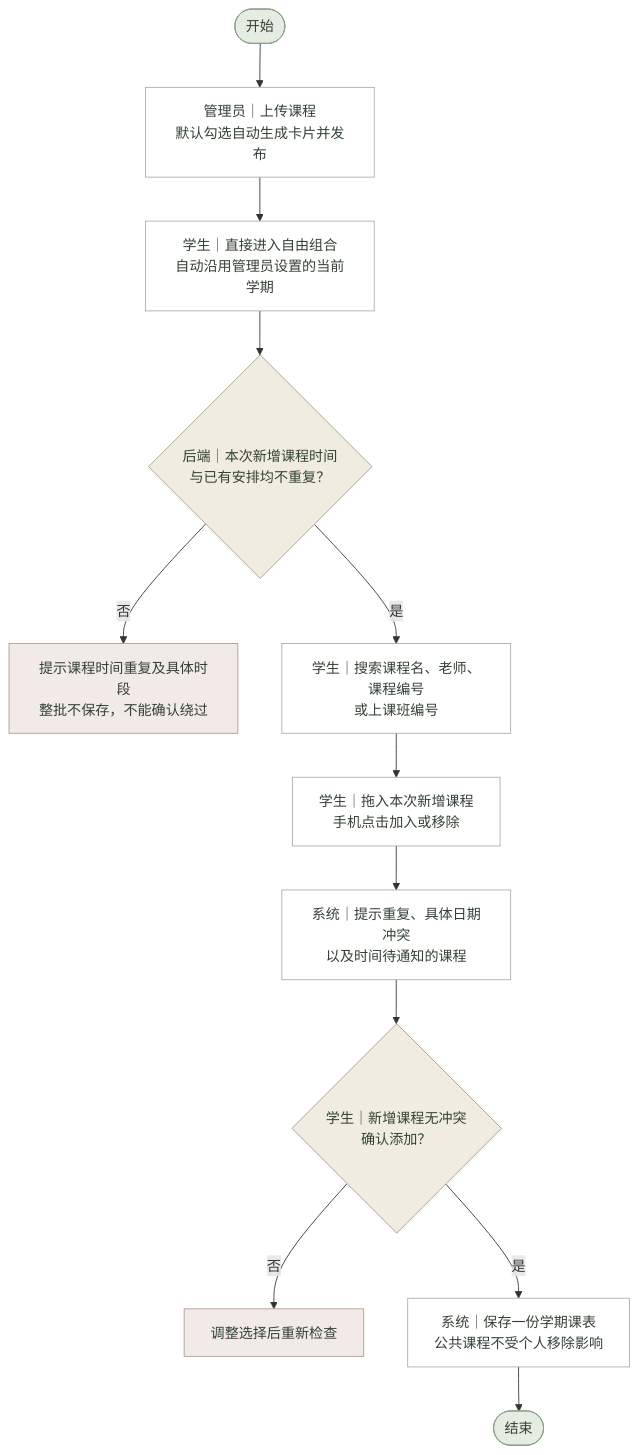
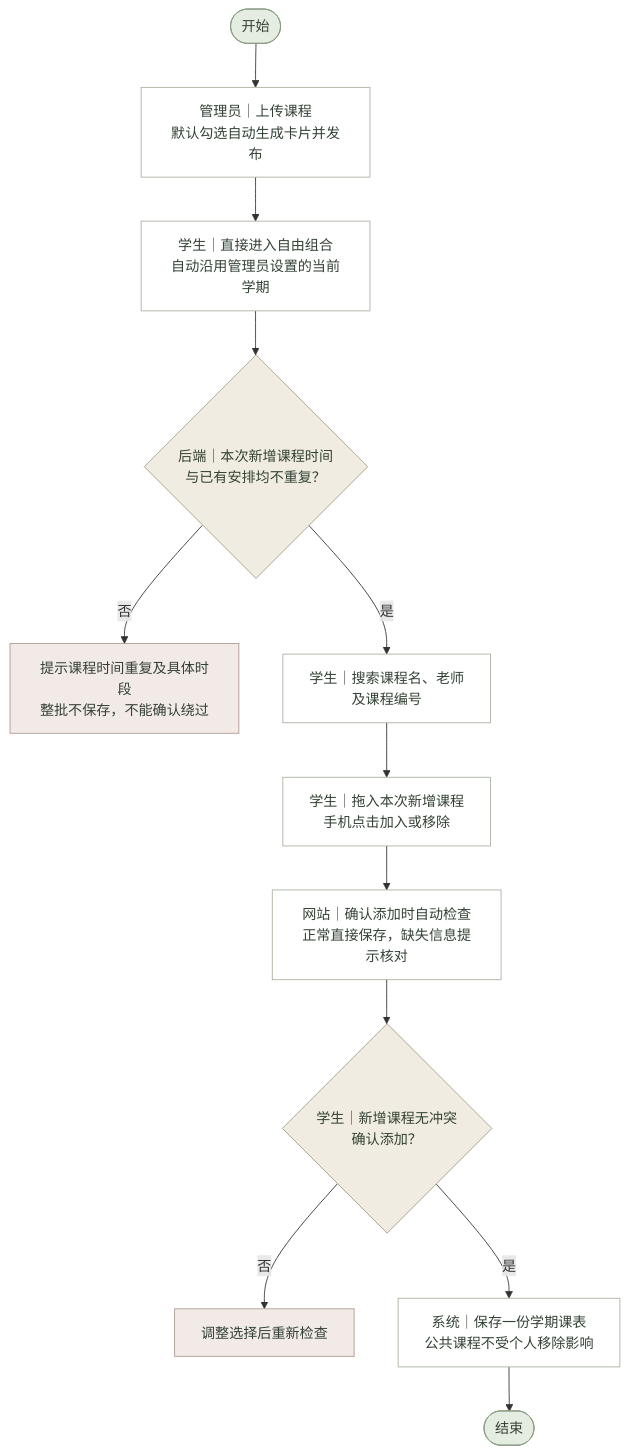
Before and after one commit to lichen-lc123/class-assistant: the diagram in 需求文档/课表功能/流程图源文件/业务流程图/课程卡片自由组合.mmd, drawn with Mermaid. The commit also changed 149 other files, not shown here.

```diff
--- a/需求文档/课表功能/流程图源文件/业务流程图/课程卡片自由组合.mmd
+++ b/需求文档/课表功能/流程图源文件/业务流程图/课程卡片自由组合.mmd
@@ -1,42 +1,42 @@
 %% 课程卡片自由组合 · 业务流程图 · V1.0 · 2026-11-02
 flowchart TD
     N0(["开始"])
     N1["管理员｜上传课程<br/>默认勾选自动生成卡片并发布"]
     N2["学生｜直接进入自由组合<br/>自动沿用管理员设置的当前学期"]
     N3{"后端｜本次新增课程时间<br/>与已有安排均不重复？"}
     B3["提示课程时间重复及具体时段<br/>整批不保存，不能确认绕过"]
-    N4["学生｜搜索课程名、老师、课程编号<br/>或上课班编号"]
+    N4["学生｜搜索课程名、老师<br/>及课程编号"]
     N5["学生｜拖入本次新增课程<br/>手机点击加入或移除"]
-    N6["系统｜提示重复、具体日期冲突<br/>以及时间待通知的课程"]
+    N6["网站｜确认添加时自动检查<br/>正常直接保存，缺失信息提示核对"]
     N7{"学生｜新增课程无冲突<br/>确认添加？"}
     B7["调整选择后重新检查"]
     N8["系统｜保存一份学期课表<br/>公共课程不受个人移除影响"]
     N9(["结束"])
     N0 --> N1
     N1 --> N2
     N2 --> N3
     N3 -->|否| B3
     N3 -->|是| N4
     N4 --> N5
     N5 --> N6
     N6 --> N7
     N7 -->|否| B7
     N7 -->|是| N8
     N8 --> N9
     classDef normal fill:#FFFFFF,stroke:#A8B2A2,color:#344235;
     classDef decision fill:#F0ECE2,stroke:#A69B83,color:#344235;
     classDef terminal fill:#E5ECE2,stroke:#8A9D82,color:#344235;
     classDef exception fill:#F2EAE6,stroke:#B09B91,color:#344235;
     classDef database fill:#E7EDF0,stroke:#8A9CA6,color:#344235;
     class N0 terminal;
     class N1 normal;
     class N2 normal;
     class N3 decision;
     class B3 exception;
     class N4 normal;
     class N5 normal;
     class N6 normal;
     class N7 decision;
     class B7 exception;
     class N8 normal;
     class N9 terminal;
```
